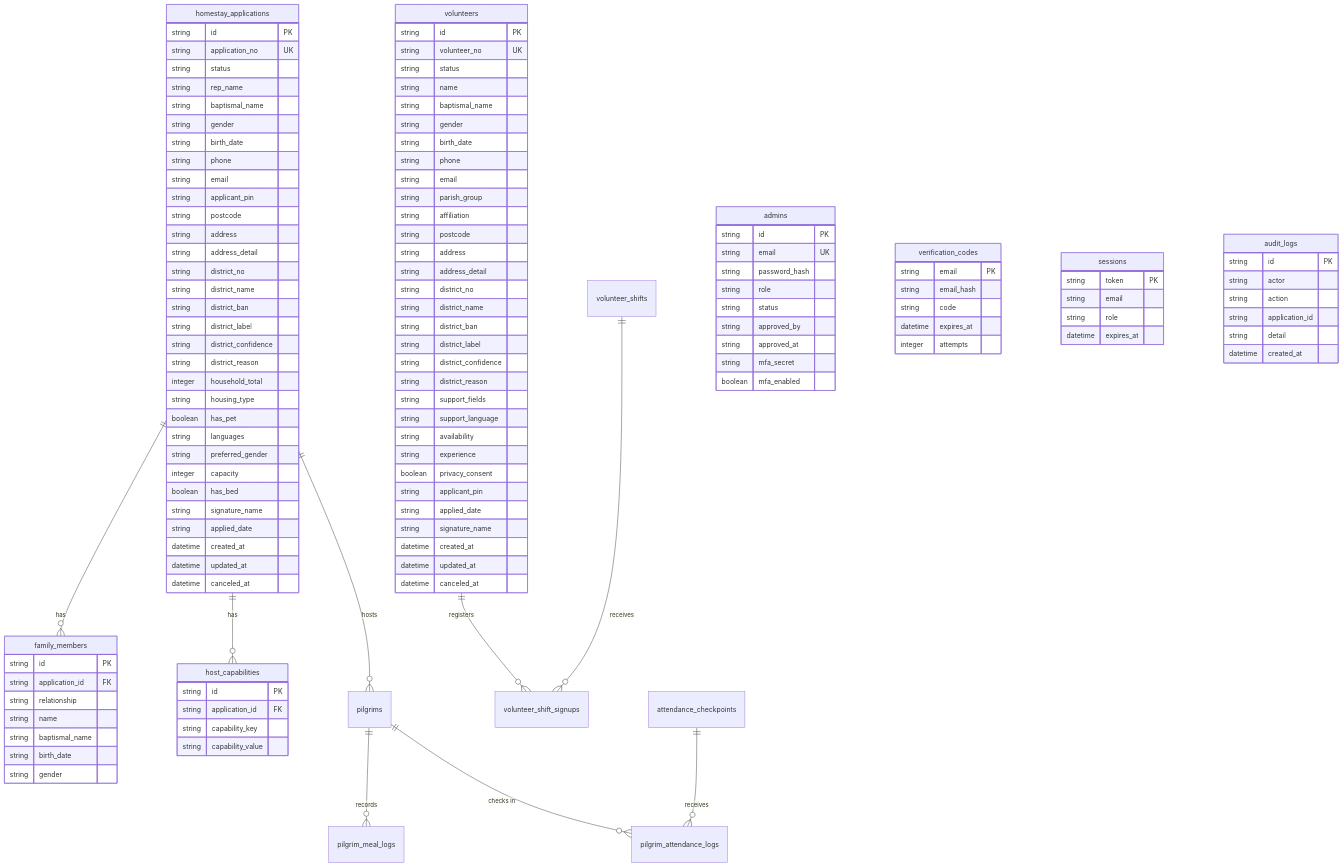
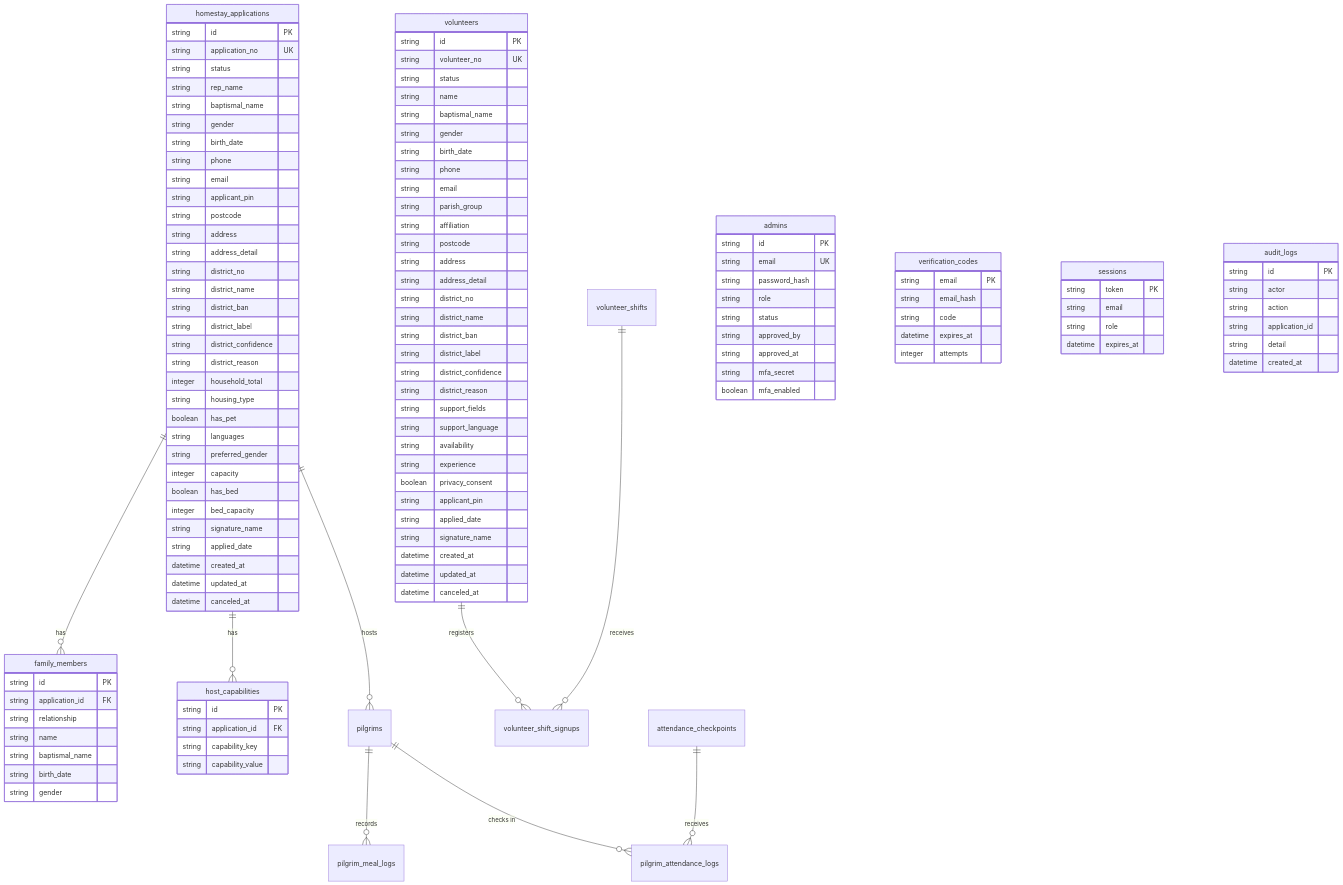
One commit to brotheroak/2027-wyd-kr-segok-management-system changed the diagram in docs/DATABASE.md. Above: the diagram before and after it, drawn with Mermaid. The commit also changed other lines of this file and 23 other files, not shown here.

```diff
--- a/docs/DATABASE.md
+++ b/docs/DATABASE.md
@@ -148,6 +148,7 @@
         string preferred_gender
         integer capacity
         boolean has_bed
+        integer bed_capacity
         string signature_name
         string applied_date
         datetime created_at
```
